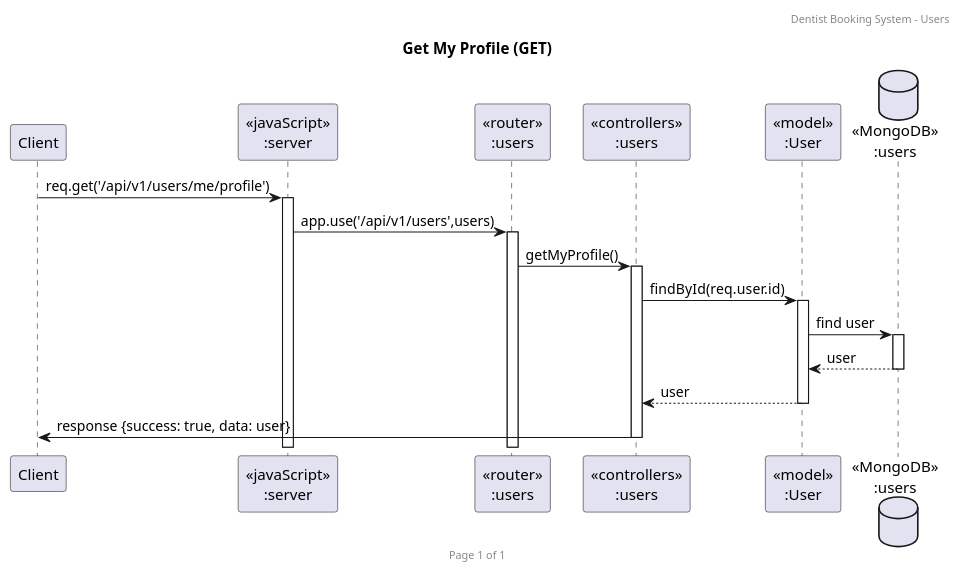
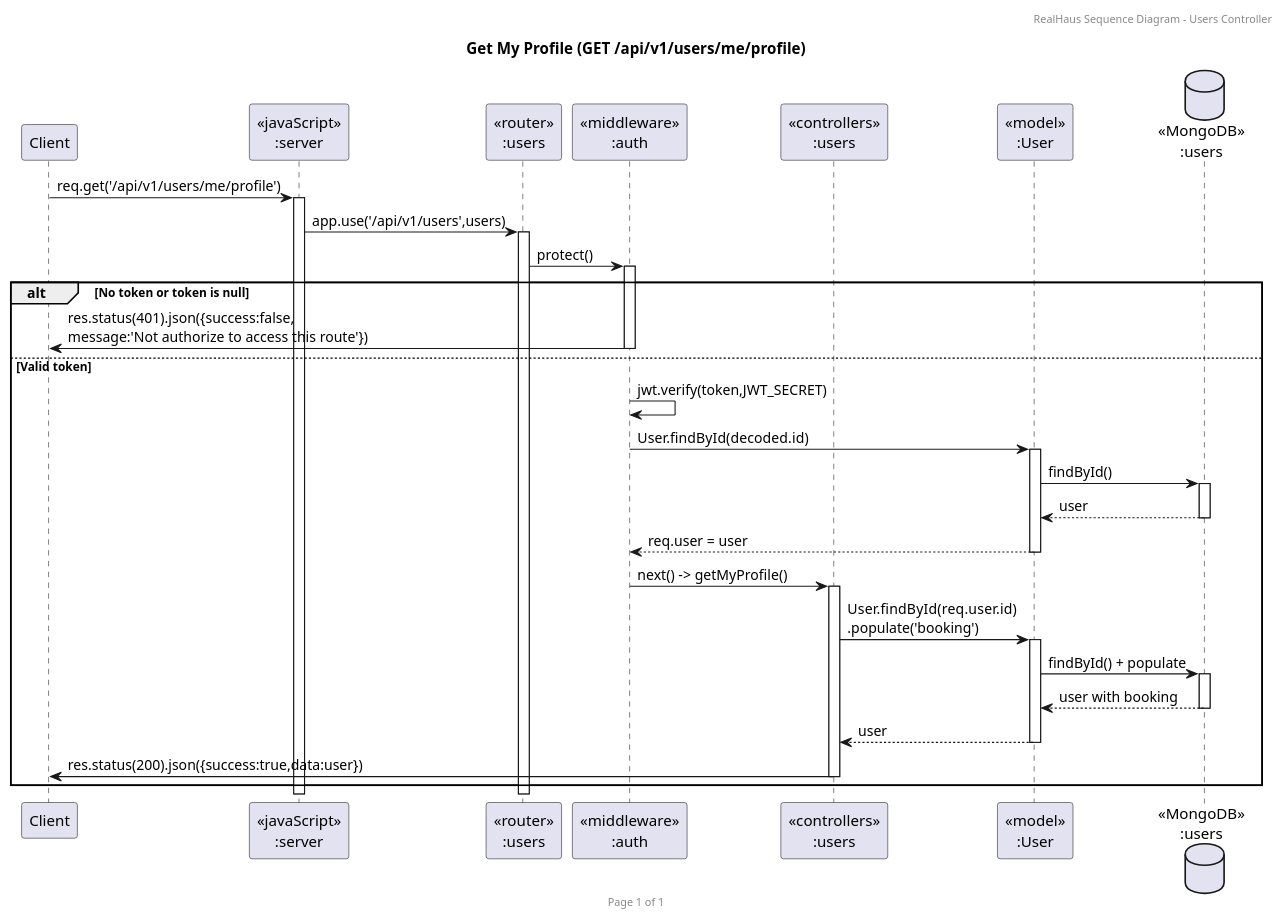
The diagram in sequence-diagram/users/getMyProfile.puml (2110503-CEDT68/se-project-be-68-2-haus89), drawn with PlantUML before and after one commit. The commit also changed 31 other files, not shown here.

Commit message:
fix: update User scheme, controllers, routes and sequence-diagram

```diff
--- a/sequence-diagram/users/getMyProfile.puml
+++ b/sequence-diagram/users/getMyProfile.puml
@@ -1,23 +1,37 @@
 @startuml Get My Profile (GET)
 
-header Dentist Booking System - Users
+header RealHaus Sequence Diagram - Users Controller
 footer Page %page% of %lastpage%
-title "Get My Profile (GET)"
+title "Get My Profile (GET /api/v1/users/me/profile)"
 
 participant "Client" as client
 participant "<<javaScript>>\n:server" as server
 participant "<<router>>\n:users" as routerUsers
+participant "<<middleware>>\n:auth" as middlewareAuth
 participant "<<controllers>>\n:users" as controllersUsers
 participant "<<model>>\n:User" as modelUser
-database "<<MongoDB>>\n:users" as UsersDatabase
+database "<<MongoDB>>\n:users" as UsersDB
 
 client->server ++:req.get('/api/v1/users/me/profile')
 server->routerUsers ++:app.use('/api/v1/users',users)
-routerUsers -> controllersUsers ++:getMyProfile()
-controllersUsers->modelUser ++:findById(req.user.id)
-modelUser ->UsersDatabase ++: find user
-UsersDatabase --> modelUser --: user
-controllersUsers <-- modelUser --:user
-controllersUsers->client --:response {success: true, data: user}
+routerUsers -> middlewareAuth ++:protect()
+
+alt No token or token is null
+    middlewareAuth->client --:res.status(401).json({success:false,\nmessage:'Not authorize to access this route'})
+else Valid token
+    middlewareAuth->middlewareAuth :jwt.verify(token,JWT_SECRET)
+    middlewareAuth->modelUser ++:User.findById(decoded.id)
+    modelUser->UsersDB ++: findById()
+    UsersDB-->modelUser --: user
+    middlewareAuth<--modelUser --:req.user = user
+    middlewareAuth -> controllersUsers ++:next() -> getMyProfile()
+
+    controllersUsers->modelUser ++:User.findById(req.user.id)\n.populate('booking')
+    modelUser->UsersDB ++: findById() + populate
+    UsersDB-->modelUser --: user with booking
+    controllersUsers<--modelUser --:user
+
+    controllersUsers->client --:res.status(200).json({success:true,data:user})
+end
 
 @enduml
```
